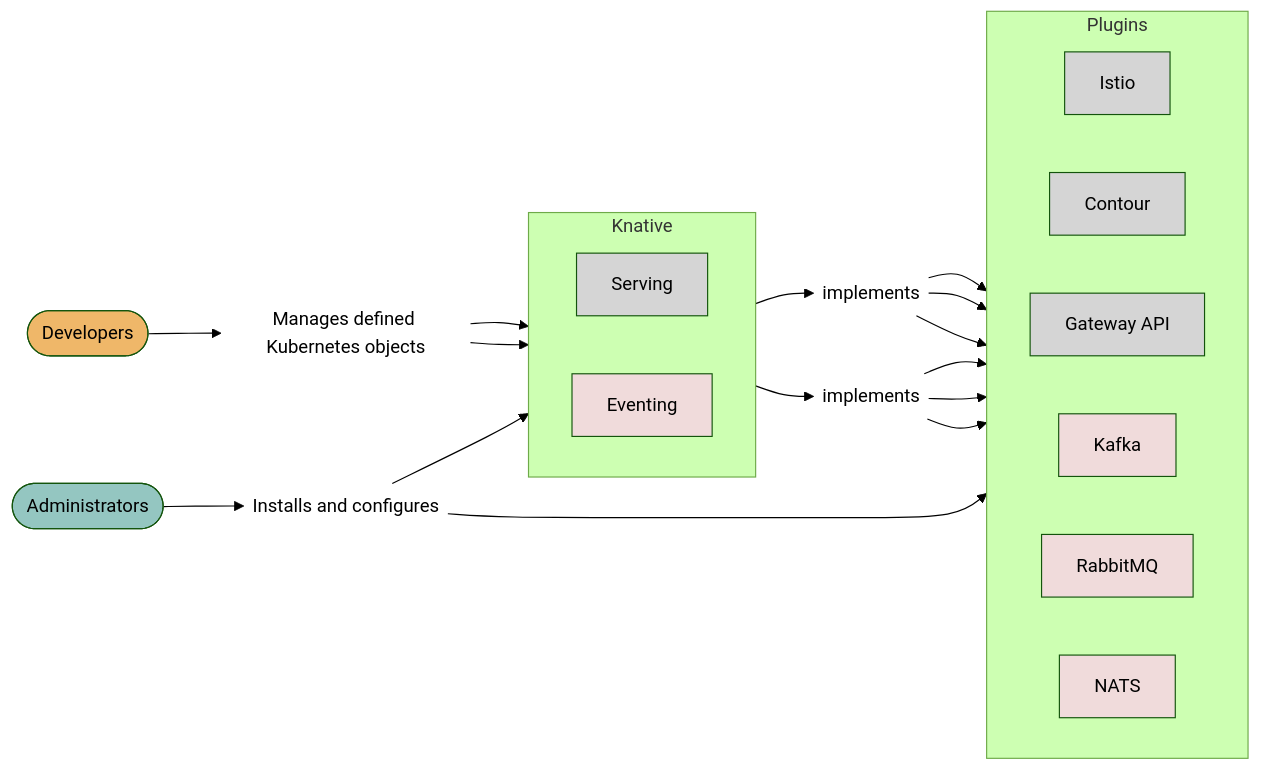
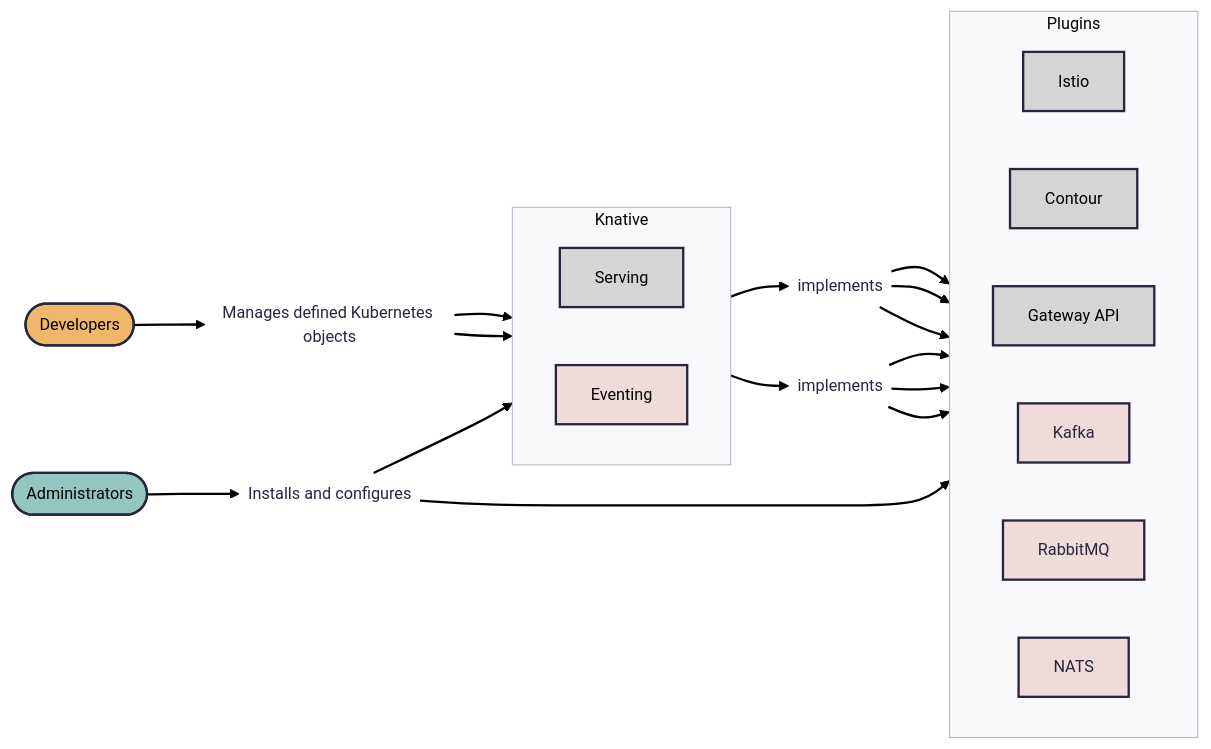
The diagram in docs/versioned/admin/admin-overview.md (knative/docs), drawn with Mermaid before and after one commit. The commit also changed other lines of this file, not shown here.

````diff
--- a/docs/versioned/admin/admin-overview.md
+++ b/docs/versioned/admin/admin-overview.md
@@ -12,45 +17,46 @@
 ```mermaid
 ---
 config:
-  theme: forest
+  theme: redux
   layout: dagre
   look: classic
 ---
 flowchart LR
  subgraph Knative["Knative"]
     direction LR
         Serving["Serving"]
         Eventing["Eventing"]
   end
  subgraph Plugins["Plugins"]
     direction LR
         net-istio["Istio"]
         net-contour["Contour"]
         net-gateway-api["Gateway API"]
         event-kafka["Kafka"]
         event-rabbitmq["RabbitMQ"]
         event-nats["NATS"]
   end
     Dev(["Developers"]) --> dev-acts["Manages defined Kubernetes objects"]
     dev-acts --> Serving & Eventing
     Admin(["Administrators"]) --> admin-acts["Installs and configures"]
     admin-acts --> Knative & Plugins
     Serving --> net-impl["implements"]
     net-impl --> net-istio & net-contour & net-gateway-api
     Eventing --> event-impl["implements"]
     event-impl --> event-kafka & event-rabbitmq & event-nats
     dev-acts@{ shape: text}
     admin-acts@{ shape: text}
     net-impl@{ shape: text}
     event-impl@{ shape: text}
     style Serving fill:#D5D5D5,color:#000000
     style Eventing fill:#F0DBDB,color:#000000
     style net-istio fill:#D5D5D5,color:#000000
     style net-contour fill:#D5D5D5,color:#000000
     style net-gateway-api fill:#D5D5D5,color:#000000
     style event-kafka fill:#F0DBDB
     style event-rabbitmq fill:#F0DBDB
     style event-nats fill:#F0DBDB
     style Dev fill:#EFB769,color:#000000
     style Admin fill:#94C6C1,color:#000000
+
 ```
````
